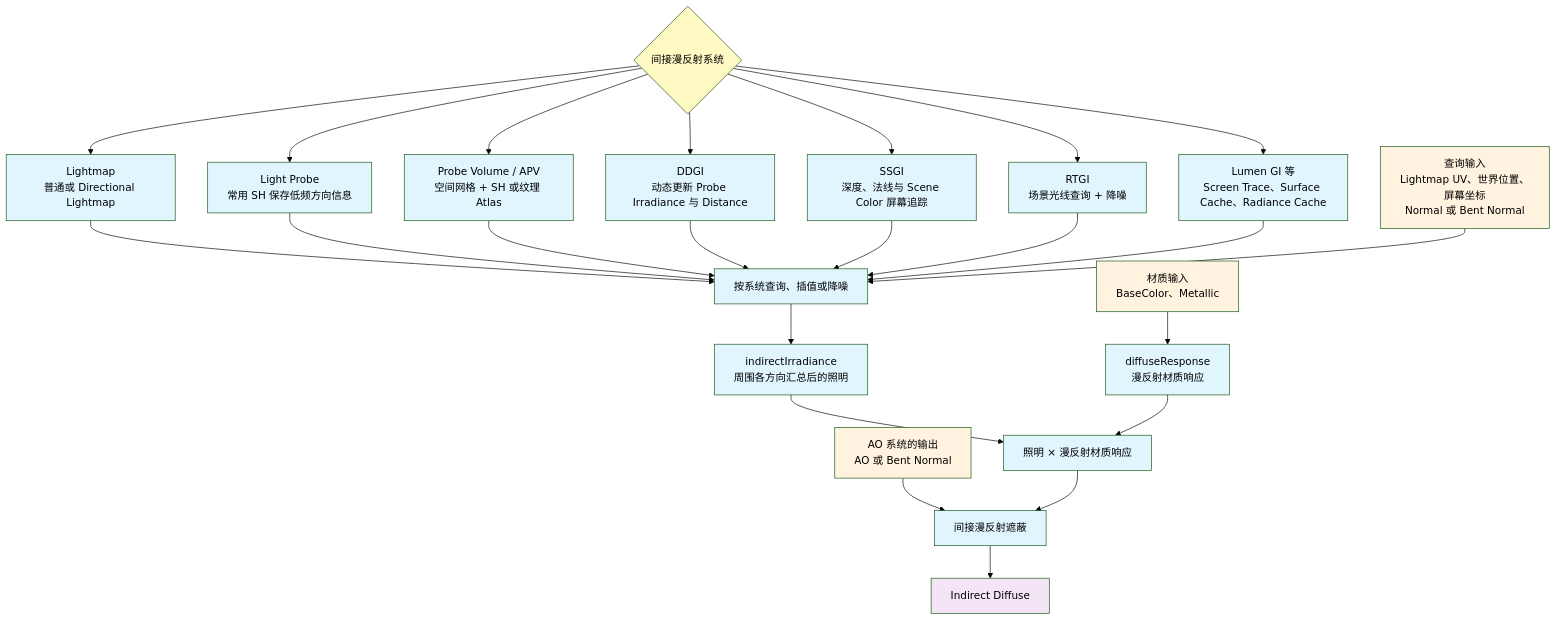
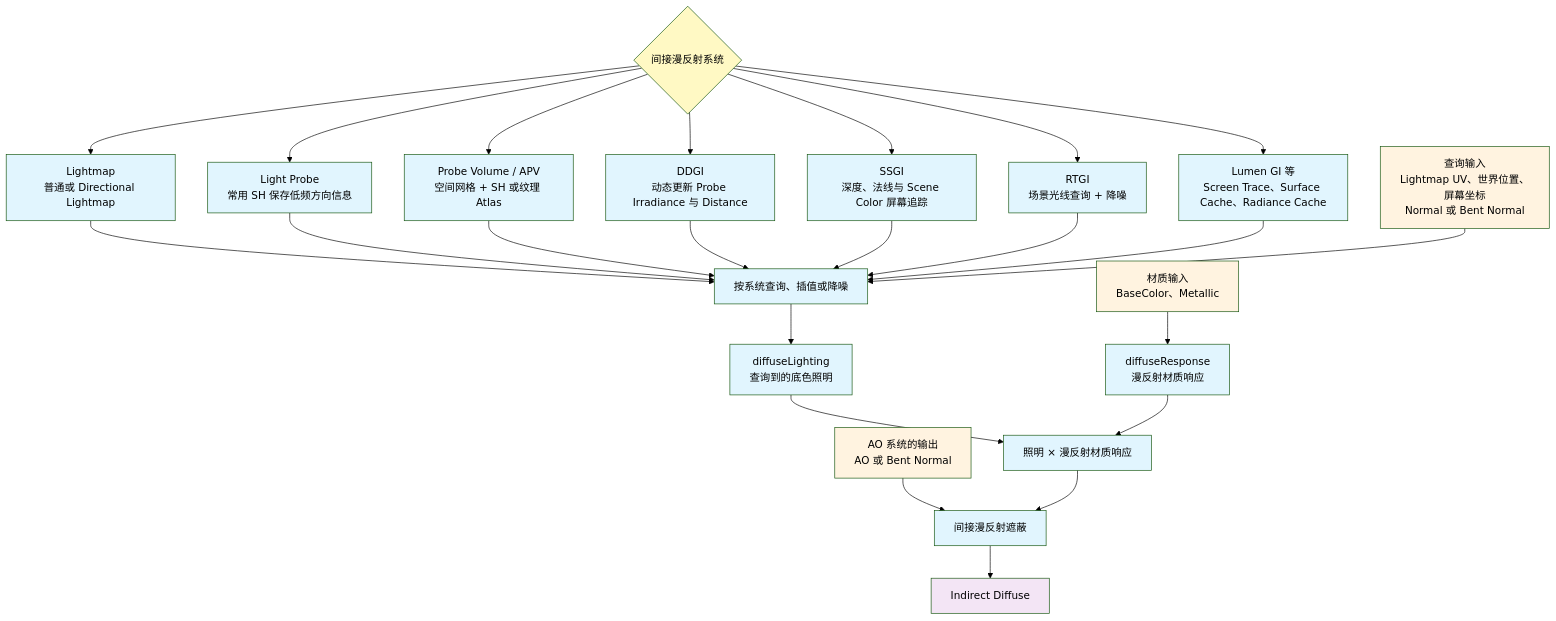
Before and after one commit to mr0ptimist/mr0ptimist.github.io: the fifth of 10 diagrams in content/posts/游戏光照统一框架：从光传输方程到实时实现/index.md, drawn with Mermaid (forest theme). The commit also changed other lines of this file and 2 other files, not shown here.

````diff
--- a/content/posts/游戏光照统一框架：从光传输方程到实时实现/index.md
+++ b/content/posts/游戏光照统一框架：从光传输方程到实时实现/index.md
@@ -241,35 +242,35 @@
 ```mermaid
 flowchart TD
     R{"间接漫反射系统"}
     R --> A1["Lightmap<br/>普通或 Directional Lightmap"]
     R --> A2["Light Probe<br/>常用 SH 保存低频方向信息"]
     R --> A3["Probe Volume / APV<br/>空间网格 + SH 或纹理 Atlas"]
     R --> A4["DDGI<br/>动态更新 Probe Irradiance 与 Distance"]
     R --> A5["SSGI<br/>深度、法线与 Scene Color 屏幕追踪"]
     R --> A6["RTGI<br/>场景光线查询 + 降噪"]
     R --> A7["Lumen GI 等<br/>Screen Trace、Surface Cache、Radiance Cache"]
 
     A1 --> Q["按系统查询、插值或降噪"]
     A2 --> Q
     A3 --> Q
     A4 --> Q
     A5 --> Q
     A6 --> Q
     A7 --> Q
     C["查询输入<br/>Lightmap UV、世界位置、屏幕坐标<br/>Normal 或 Bent Normal"] --> Q
-    Q --> G["indirectIrradiance<br/>周围各方向汇总后的照明"]
+    Q --> G["diffuseLighting<br/>查询到的底色照明"]
     M["材质输入<br/>BaseColor、Metallic"] --> H["diffuseResponse<br/>漫反射材质响应"]
     G --> I["照明 × 漫反射材质响应"]
     H --> I
     O["AO 系统的输出<br/>AO 或 Bent Normal"] --> J["间接漫反射遮蔽"]
     I --> J
     J --> K["Indirect Diffuse"]
     classDef io fill:#fff3e0,color:#000
     classDef proc fill:#e1f5fe,color:#000
     classDef dec fill:#fff9c4,color:#000
     classDef result fill:#f3e5f5,color:#000
     class C,M,O io
     class R dec
     class A1,A2,A3,A4,A5,A6,A7,Q,G,H,I,J proc
     class K result
 ```
````
